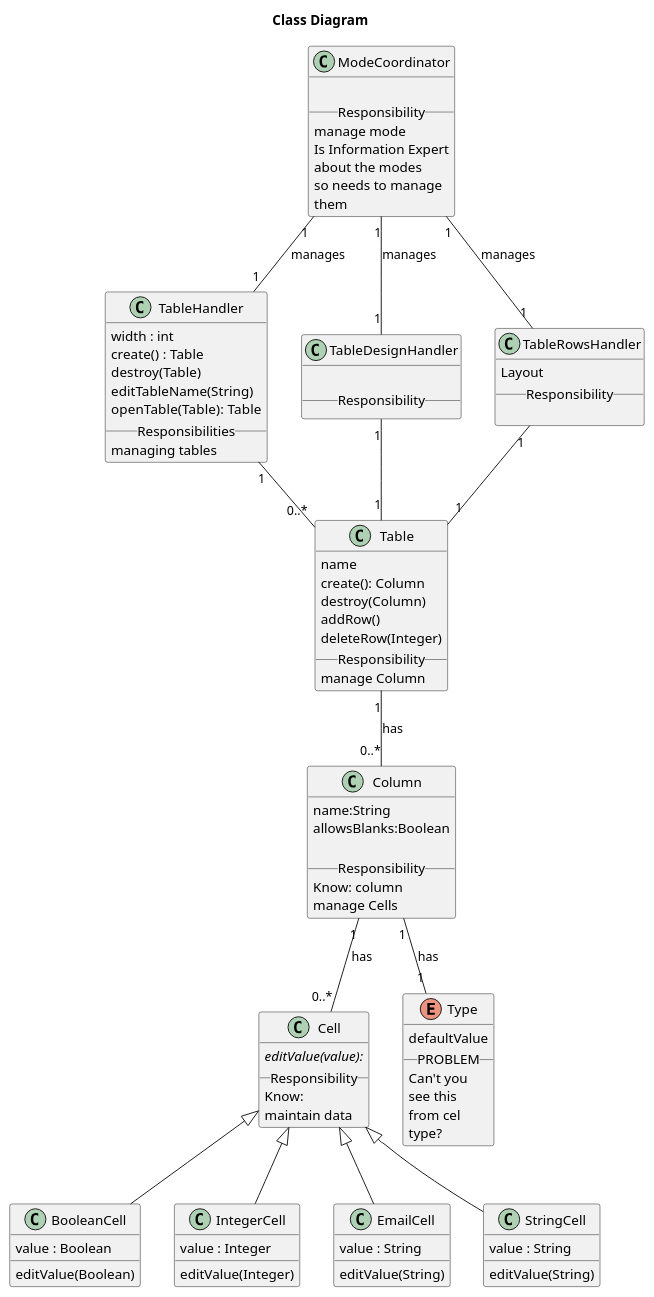
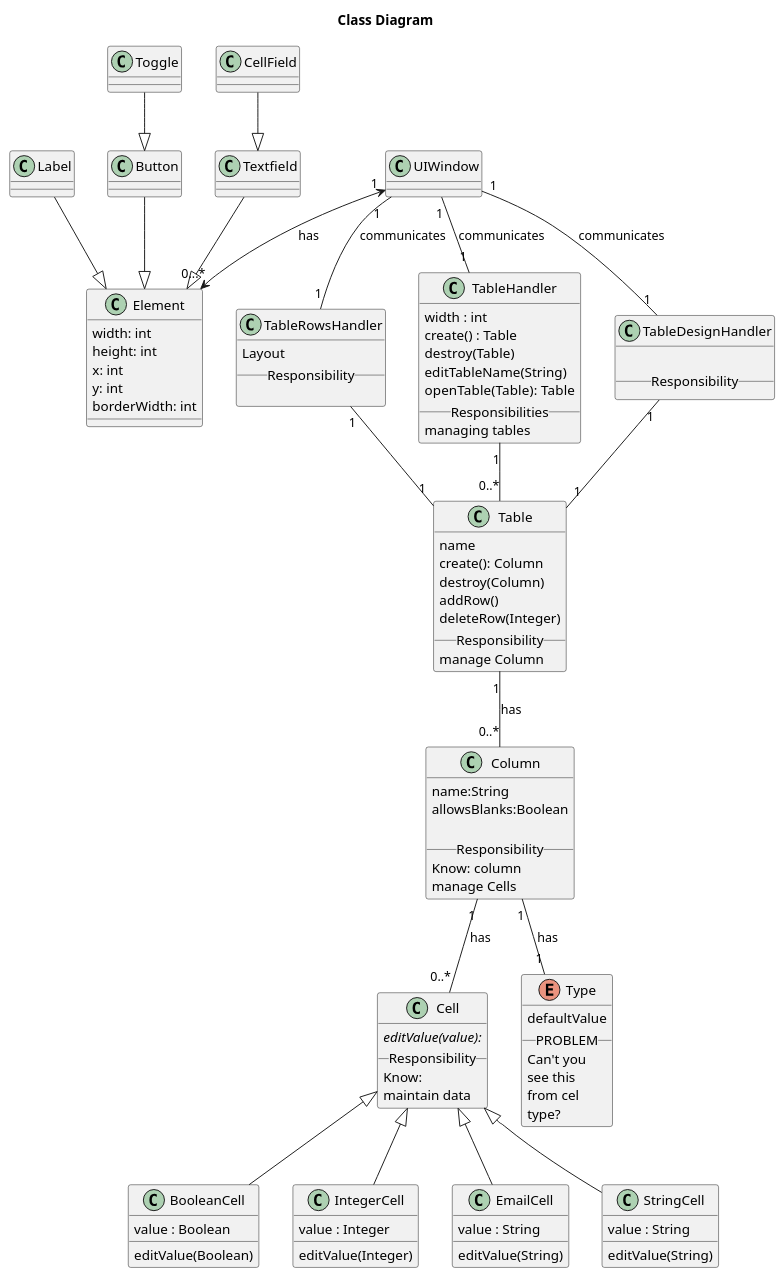
One commit to Bhamoss/softwareOntwerpProject changed the diagram in diagrams/classDiagrams/classDiagram.puml. Above: the diagram before and after it, drawn with PlantUML. The commit also changed 2 other files, not shown here.

```diff
--- a/diagrams/classDiagrams/classDiagram.puml
+++ b/diagrams/classDiagrams/classDiagram.puml
@@ -1,114 +1,142 @@
 @startuml
 title Class Diagram
 
-class ModeCoordinator
+class Textfield
 {
+}
+Textfield --|> Element
 
-__Responsibility__
-manage mode
-Is Information Expert
-about the modes
-so needs to manage
-them
+class Label
+{
+}
+Label --|> Element
+
+class Toggle
+{
+}
+Toggle --|> Button
+class Button
+{
+}
+Button --|> Element
+
+class CellField
+{
+}
+CellField --|> Textfield
+
+class Element
+{
+    width: int
+    height: int
+    x: int
+    y: int
+    borderWidth: int
+}
+UIWindow "1" <--> "0...*" Element: has
+
+class UIWindow
+{
 }
 
-ModeCoordinator "1" -- "1" TableHandler:  manages
-ModeCoordinator "1" -- "1" TableDesignHandler:  manages
-ModeCoordinator "1" -- "1" TableRowsHandler:  manages
+UIWindow "1" -- "1" TableHandler:  communicates
+UIWindow "1" -- "1" TableDesignHandler:  communicates
+UIWindow "1" -- "1" TableRowsHandler:  communicates
+
 
 class TableHandler
 {
     width : int
     create() : Table
     destroy(Table)
     editTableName(String)
     openTable(Table): Table
     __Responsibilities__
     managing tables
 }
 TableHandler "1" -- "0..*" Table
 TableDesignHandler "1" -- "1" Table
 TableRowsHandler "1" -- "1" Table
 
 
 class TableDesignHandler
 {
 
 __Responsibility__
 }
 
 class TableRowsHandler
 {
     Layout
 __Responsibility__
 
 }
 
 class Table{
     name
     create(): Column
     destroy(Column)
     addRow()
     deleteRow(Integer)
 __Responsibility__
 manage Column
 }
 
 
 
 class Cell
 {
 editValue(value): {abstract}
 __Responsibility__
 Know:
 maintain data
 }
 Cell <|-- BooleanCell
 Cell <|-- IntegerCell
 Cell <|-- EmailCell
 Cell <|-- StringCell
 
 class Column
 {
 name:String
 allowsBlanks:Boolean
 
 __Responsibility__
 Know: column
 manage Cells
 }
 Column "1" -- "1" Type: has
 Enum Type
 {
     defaultValue
     __PROBLEM__
     Can't you
     see this
     from cel
     type?
 }
 
 Table "1" -- "0..*" Column: has
 Column "1" -- "0..*" Cell: has
 
 class BooleanCell
 {
 value : Boolean
 editValue(Boolean)
 }
 class StringCell
 {
 value : String
 editValue(String)
 }
 class EmailCell
 {
 value : String
 editValue(String)
 }
 class IntegerCell
 {
 value : Integer
 editValue(Integer)
 }
 @enduml
```
